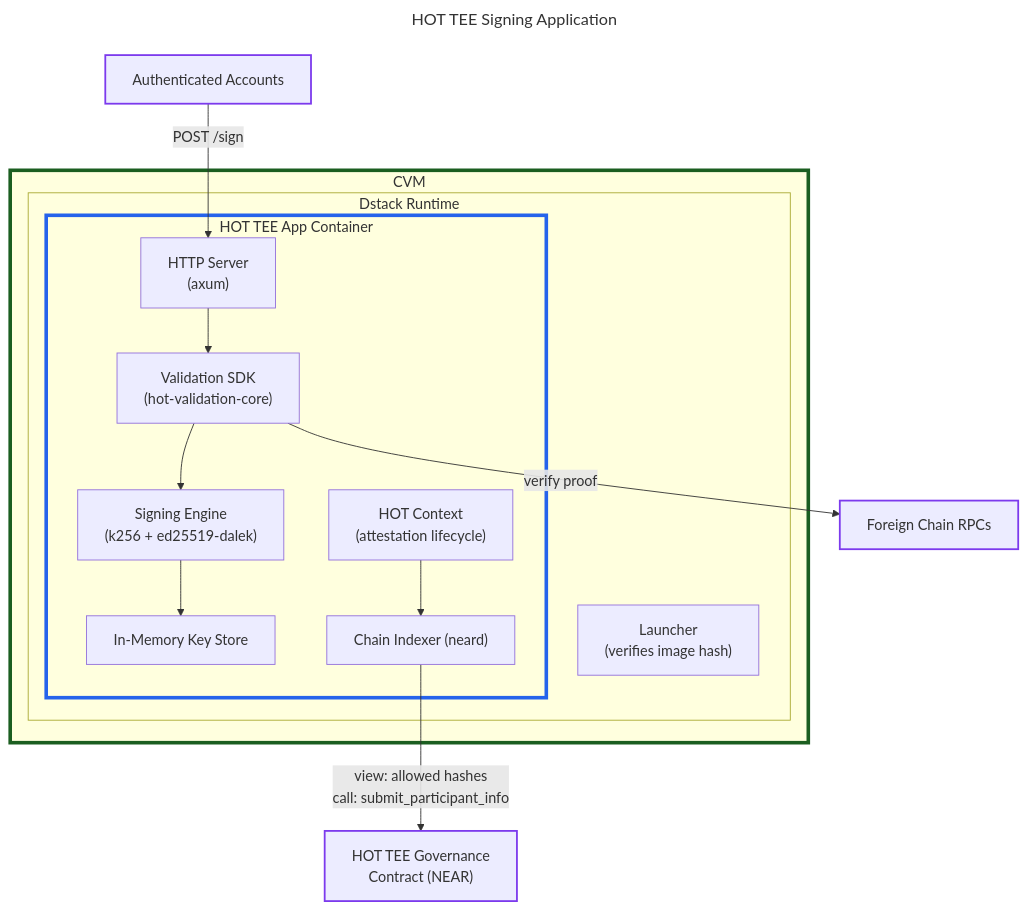
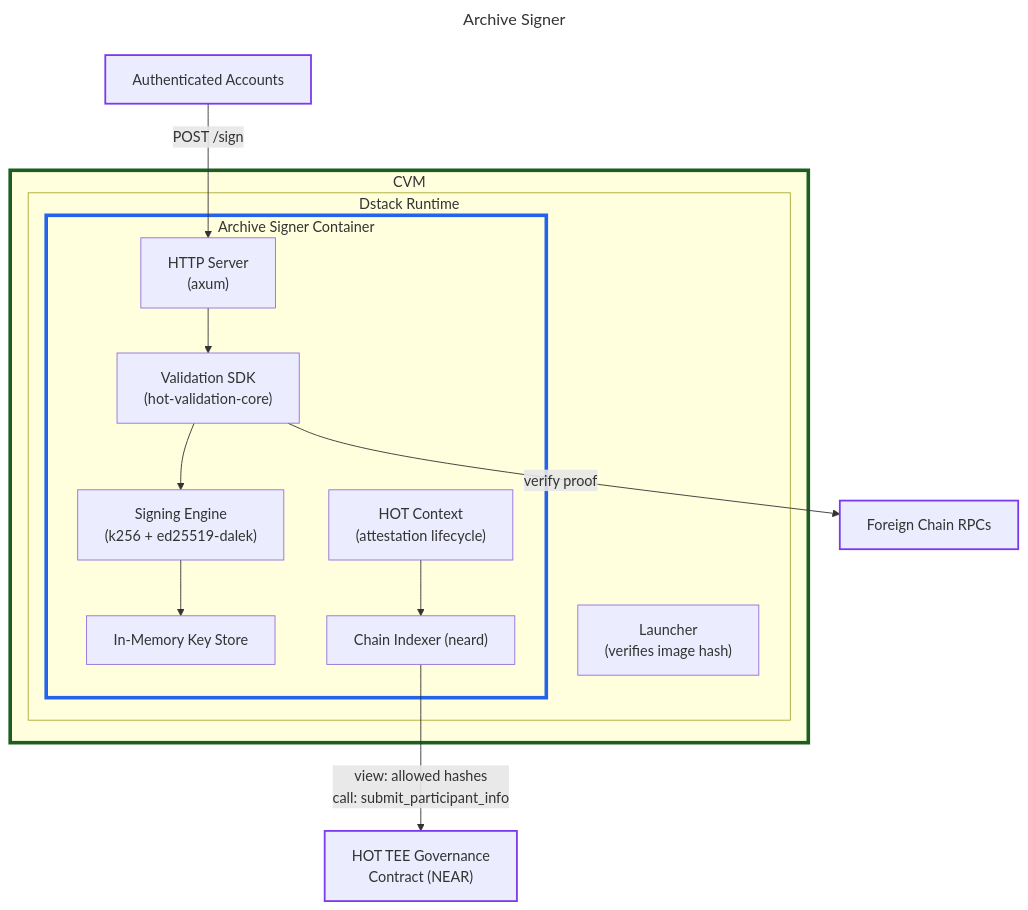
Before and after one commit to near/mpc: the first of 4 diagrams in docs/hot-tee-signing-design.md, drawn with Mermaid. The commit also changed other lines of this file, not shown here.

First line of the commit message:
docs: rename HOT TEE Signing Application to Archive Signer

````diff
--- a/docs/hot-tee-signing-design.md
+++ b/docs/hot-tee-signing-design.md
@@ -67,43 +67,43 @@
 ```mermaid
 ---
-title: HOT TEE Signing Application
+title: Archive Signer
 ---
 flowchart TB
 
 subgraph CVM["CVM"]
     subgraph DSTACK["Dstack Runtime"]
         LAUNCHER["Launcher<br/>(verifies image hash)"]
-        subgraph HOT_APP["HOT TEE App Container"]
+        subgraph HOT_APP["Archive Signer Container"]
             HTTP["HTTP Server<br/>(axum)"]
             VALIDATION["Validation SDK<br/>(hot-validation-core)"]
             SIGNER["Signing Engine<br/>(k256 + ed25519-dalek)"]
             KEYSTORE["In-Memory Key Store"]
             HOT_CTX["HOT Context<br/>(attestation lifecycle)"]
             INDEXER["Chain Indexer (neard)"]
         end
     end
 end
 
 CLIENT["Authenticated Accounts"]
 HOT_CONTRACT["HOT TEE Governance<br/>Contract (NEAR)"]
 RPC["Foreign Chain RPCs"]
 
 CLIENT -->|"POST /sign"| HTTP
 HTTP --> VALIDATION
 VALIDATION -->|"verify proof"| RPC
 VALIDATION --> SIGNER
 SIGNER --> KEYSTORE
 
 HOT_CTX --> INDEXER
 INDEXER -->|"view: allowed hashes<br/>call: submit_participant_info"| HOT_CONTRACT
 
 classDef cvm stroke:#1b5e20,stroke-width:4px;
 classDef app stroke:#2563eb,stroke-width:4px;
 classDef ext stroke:#7c3aed,stroke-width:2px;
 
 class CVM cvm;
 class HOT_APP app;
 class HOT_CONTRACT ext;
 class CLIENT ext;
 class RPC ext;
 ```
````
